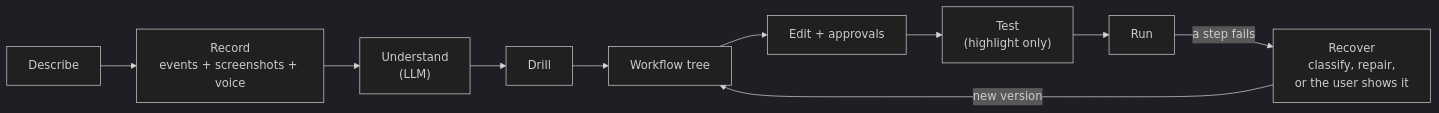
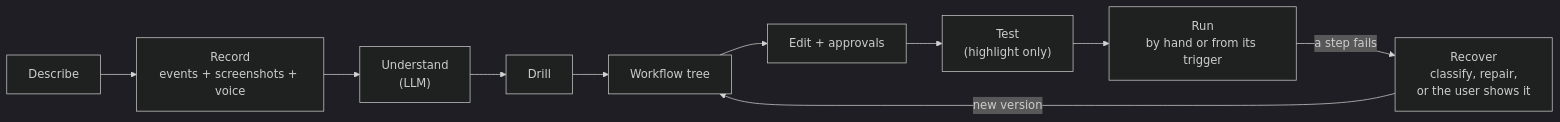
Before and after one commit to Akshat-Soni02/nxn-global-ai-hackathon-personal-agent: the diagram in readme.md, drawn with Mermaid (dark theme). The commit also changed other lines of this file, not shown here.

````diff
--- a/readme.md
+++ b/readme.md
@@ -10,12 +25,12 @@
 ```mermaid
 flowchart LR
   D["Describe"] --> R["Record<br/>events + screenshots + voice"]
   R --> U["Understand<br/>(LLM)"]
   U --> Q["Drill"]
   Q --> T["Workflow tree"]
   T --> E["Edit + approvals"]
   E --> H["Test<br/>(highlight only)"]
-  H --> P["Run"]
+  H --> P["Run<br/>by hand or from its trigger"]
   P -- "a step fails" --> G["Recover<br/>classify, repair,<br/>or the user shows it"]
   G -- "new version" --> T
 ```
````
